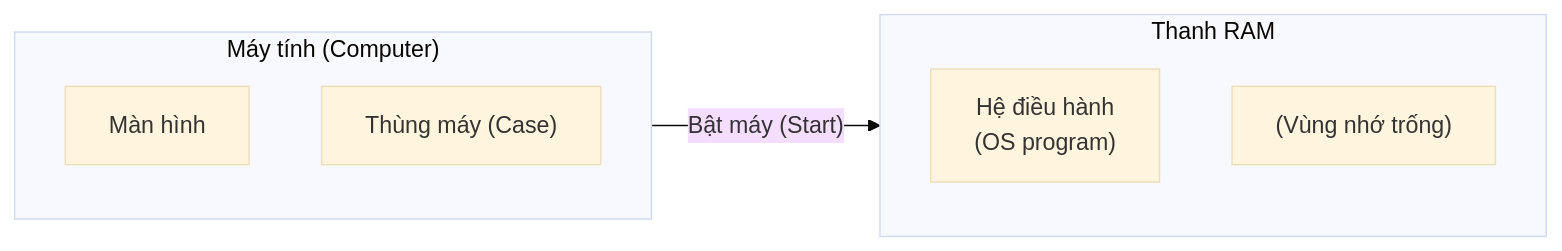
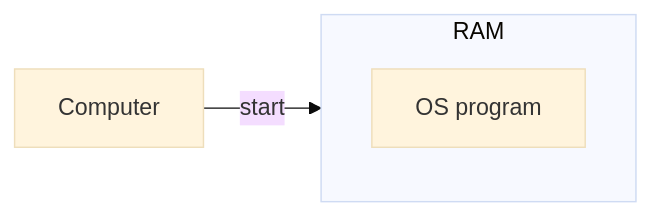
The first of 10 diagrams in OperatingSystem/OS_scratch/Concepts_OS/Intro_OS/Lession4.md (Duc-Lee/LLMserving_GPUoptimization), drawn with Mermaid (base theme) before and after one commit. The commit also changed other lines of this file, not shown here.

````diff
--- a/OperatingSystem/OS_scratch/Concepts_OS/Intro_OS/Lession4.md
+++ b/OperatingSystem/OS_scratch/Concepts_OS/Intro_OS/Lession4.md
@@ -7,15 +7,8 @@
 ```mermaid
 flowchart LR
-    subgraph PC ["Máy tính (Computer)"]
-        SCREEN["Màn hình"]
-        CASE["Thùng máy (Case)"]
+    COMP["Computer"] -- "start" --> RAM
+
+    subgraph RAM ["RAM"]
+        OS["OS program"]
     end
-
-    subgraph RAM ["Thanh RAM"]
-        direction TB
-        OS["Hệ điều hành<br/>(OS program)"]
-        EMPTY["(Vùng nhớ trống)"]
-    end
-
-    PC -- "Bật máy (Start)" --> RAM
 ```
````
